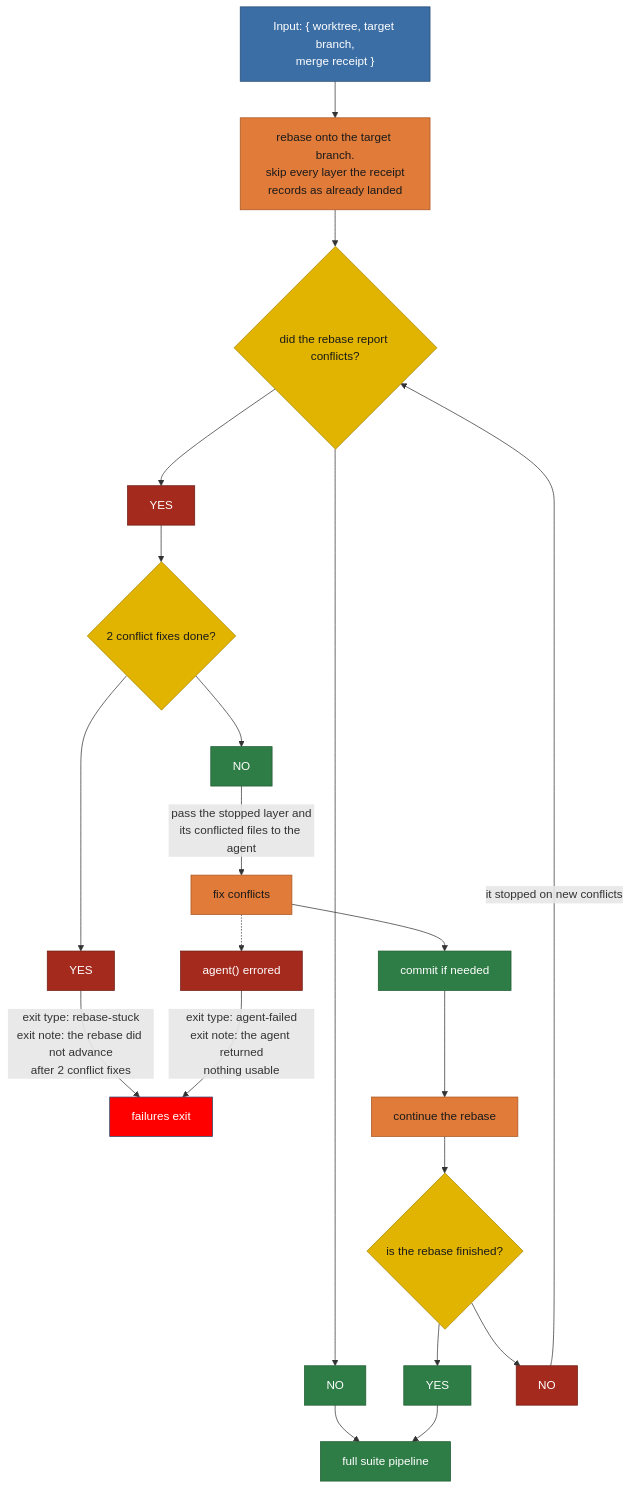
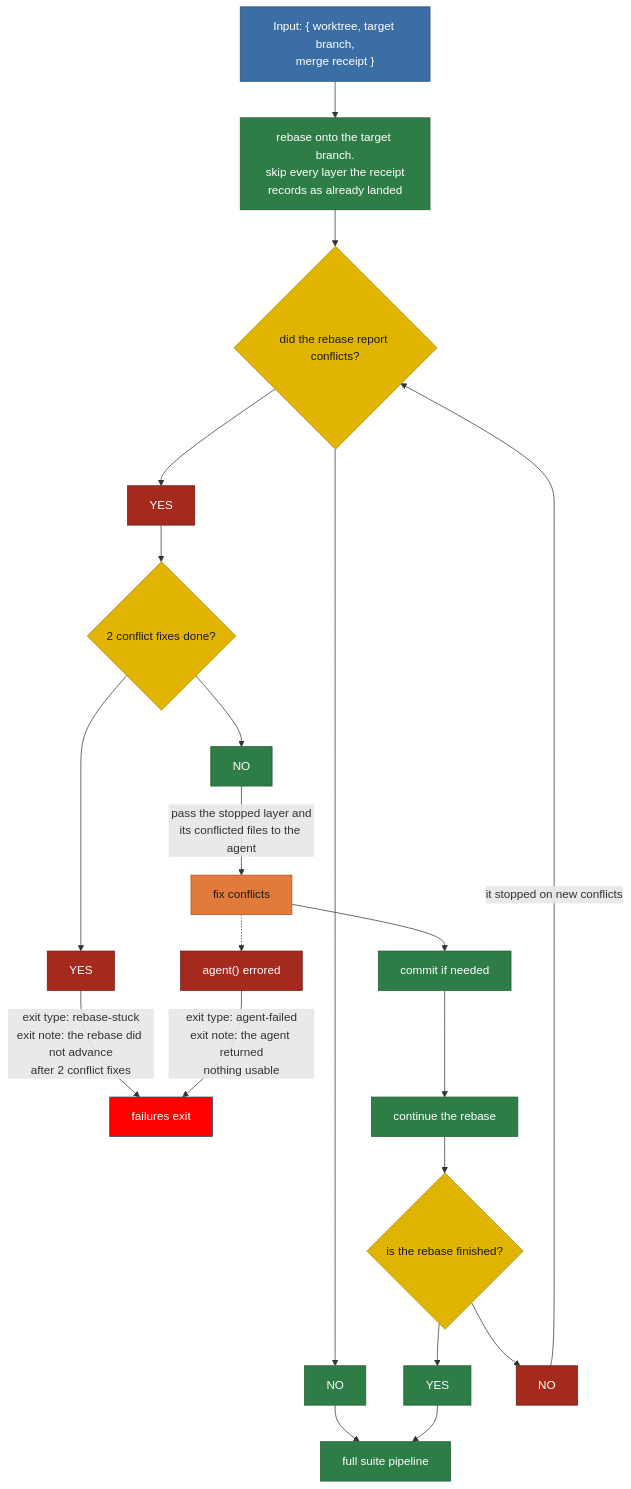
Before and after one commit to matkatmusic/taskTools: the diagram in plans/diagram/pipeline-rebase.mmd, drawn with Mermaid. The commit also changed 125 other files, not shown here.

```diff
--- a/plans/diagram/pipeline-rebase.mmd
+++ b/plans/diagram/pipeline-rebase.mmd
@@ -1,76 +1,75 @@
 flowchart TB
 %% REBASE PIPELINE.
 %% ---
 %% Input: a finished implementation.
 %% ---
 %% Job: put the task's commits on top of the target branch.
 %% ---
 %% A conflict fix runs fix, then commit, then continue.
 %% ---
 %% Never fix then continue without committing first.
 %% ---
 %% The source lock is already held here.
 %% ---
 %% Every box refreshes the lock's heartbeat.
 %% ---
 %% Walks every repository layer, deepest submodule first.
 %% ---
 %% The receipt names layers already landed by the merge.
 %% ---
 %% A landed layer is public. Rebasing it would rewrite it.
 %% ---
 %% So this pipeline skips any layer the receipt marks landed.
 %% ---
 %% Merge re-enters here only when nothing landed.
 %% ---
 %% So the receipt is normally empty, but check, don't assume.
 %% ---
 %% Exit types: agent-failed, rebase-stuck, run-failed.
 %% ---
 %% Output feeds the full suite pipeline.
 
   SOURCE_REPO_LOCKED_INPUT["Input: { worktree, target branch,<br/>merge receipt }"] --> REBASE_ONTO_TARGET_BRANCH
   REBASE_ONTO_TARGET_BRANCH["rebase onto the target branch.<br/>skip every layer the receipt<br/>records as already landed"] --> DID_REBASE_REPORT_CONFLICTS{"did the rebase report conflicts?"}
   DID_REBASE_REPORT_CONFLICTS --> DID_REBASE_REPORT_CONFLICTS_YES["YES"]
   DID_REBASE_REPORT_CONFLICTS --> DID_REBASE_REPORT_CONFLICTS_NO["NO"]
 
   DID_REBASE_REPORT_CONFLICTS_YES --> ARE_2_CONFLICT_FIXES_DONE{"2 conflict fixes done?"}
   ARE_2_CONFLICT_FIXES_DONE --> ARE_2_CONFLICT_FIXES_DONE_NO["NO"]
   ARE_2_CONFLICT_FIXES_DONE --> ARE_2_CONFLICT_FIXES_DONE_YES["YES"]
-  ARE_2_CONFLICT_FIXES_DONE_YES -- "exit type: rebase-stuck<br/>exit note: the rebase did not advance<br/>after 2 conflict fixes" --> EXIT_WORKFLOW
+  ARE_2_CONFLICT_FIXES_DONE_YES -- "exit type: rebase-stuck<br/>exit note: the rebase did not advance<br/>after 2 conflict fixes" --> EXIT_WORKFLOW_REBASE
   ARE_2_CONFLICT_FIXES_DONE_NO -- "pass the stopped layer and<br/>its conflicted files to the agent" --> FIX_CONFLICTS["fix conflicts"]
-  FIX_CONFLICTS --> COMMIT_IF_NEEDED["commit if needed"]
-  COMMIT_IF_NEEDED --> CONTINUE_REBASE["continue the rebase"]
+  FIX_CONFLICTS --> COMMIT_MERGE_CONFLICT_FIX_IF_NEEDED["commit if needed"]
+  COMMIT_MERGE_CONFLICT_FIX_IF_NEEDED --> CONTINUE_REBASE["continue the rebase"]
   CONTINUE_REBASE --> IS_REBASE_FINISHED{"is the rebase finished?"}
   IS_REBASE_FINISHED --> IS_REBASE_FINISHED_YES["YES"]
   IS_REBASE_FINISHED --> IS_REBASE_FINISHED_NO["NO"]
   IS_REBASE_FINISHED_NO -- "it stopped on new conflicts" --> DID_REBASE_REPORT_CONFLICTS
 
   DID_REBASE_REPORT_CONFLICTS_NO --> SUITE_PIPELINE
   IS_REBASE_FINISHED_YES --> SUITE_PIPELINE["full suite pipeline"]
 
-  FIX_CONFLICTS -.-> AGENT_ERRORED["agent() errored"] -- "exit type: agent-failed<br/>exit note: the agent returned<br/>nothing usable" --> EXIT_WORKFLOW
+  FIX_CONFLICTS -.-> AGENT_ERRORED["agent() errored"] -- "exit type: agent-failed<br/>exit note: the agent returned<br/>nothing usable" --> EXIT_WORKFLOW_REBASE
 
-  EXIT_WORKFLOW["failures exit"]
+  EXIT_WORKFLOW_REBASE["failures exit"]
 
   %% pass/nopass: green heads to the next pipeline.
   %% ---
   %% Red goes back round the conflict cycle.
   classDef pipeline fill:#2f7d46,stroke:#1e5c31,color:#ffffff
   classDef script fill:#2f7d46,stroke:#1e5c31,color:#ffffff
   classDef agent fill:#e07b39,stroke:#a8541f,color:#1a1a1a
   classDef decision fill:#e0b400,stroke:#a88600,color:#1a1a1a
   classDef output fill:#3b6ea5,stroke:#254a70,color:#ffffff
   classDef fail fill:red,stroke:#254a70,color:#ffffff
   classDef pass fill:#2f7d46,stroke:#1e5c31,color:#ffffff
   classDef nopass fill:#a52a1e,stroke:#6d1a12,color:#ffffff
   class AGENT_ERRORED nopass
-  class EXIT_WORKFLOW fail
+  class EXIT_WORKFLOW_REBASE fail
   class DID_REBASE_REPORT_CONFLICTS,IS_REBASE_FINISHED,ARE_2_CONFLICT_FIXES_DONE decision
-  class COMMIT_IF_NEEDED script
-  class REBASE_ONTO_TARGET_BRANCH,CONTINUE_REBASE agent
+  class COMMIT_MERGE_CONFLICT_FIX_IF_NEEDED,REBASE_ONTO_TARGET_BRANCH,CONTINUE_REBASE script
   class FIX_CONFLICTS agent
   class SUITE_PIPELINE pipeline
   class DID_REBASE_REPORT_CONFLICTS_NO,IS_REBASE_FINISHED_YES,ARE_2_CONFLICT_FIXES_DONE_NO pass
   class DID_REBASE_REPORT_CONFLICTS_YES,IS_REBASE_FINISHED_NO,ARE_2_CONFLICT_FIXES_DONE_YES nopass
   class SOURCE_REPO_LOCKED_INPUT output
```
